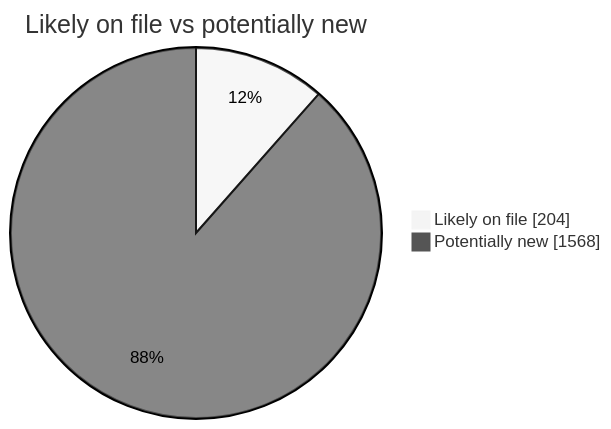
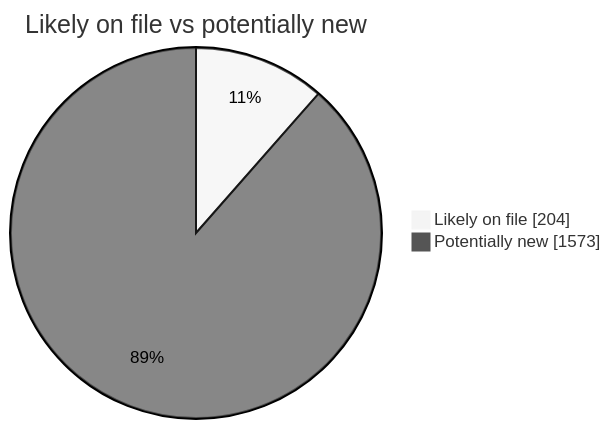
The second of 4 diagrams in README.md (martinbalfanz/social-scanner-reports), drawn with Mermaid (neutral theme) before and after one commit. The commit also changed other lines of this file and 4 other files, not shown here.

````diff
--- a/README.md
+++ b/README.md
@@ -40,5 +40,5 @@
 ```mermaid
 pie showData title Likely on file vs potentially new
     "Likely on file" : 204
-    "Potentially new" : 1568
+    "Potentially new" : 1573
 ```
````
